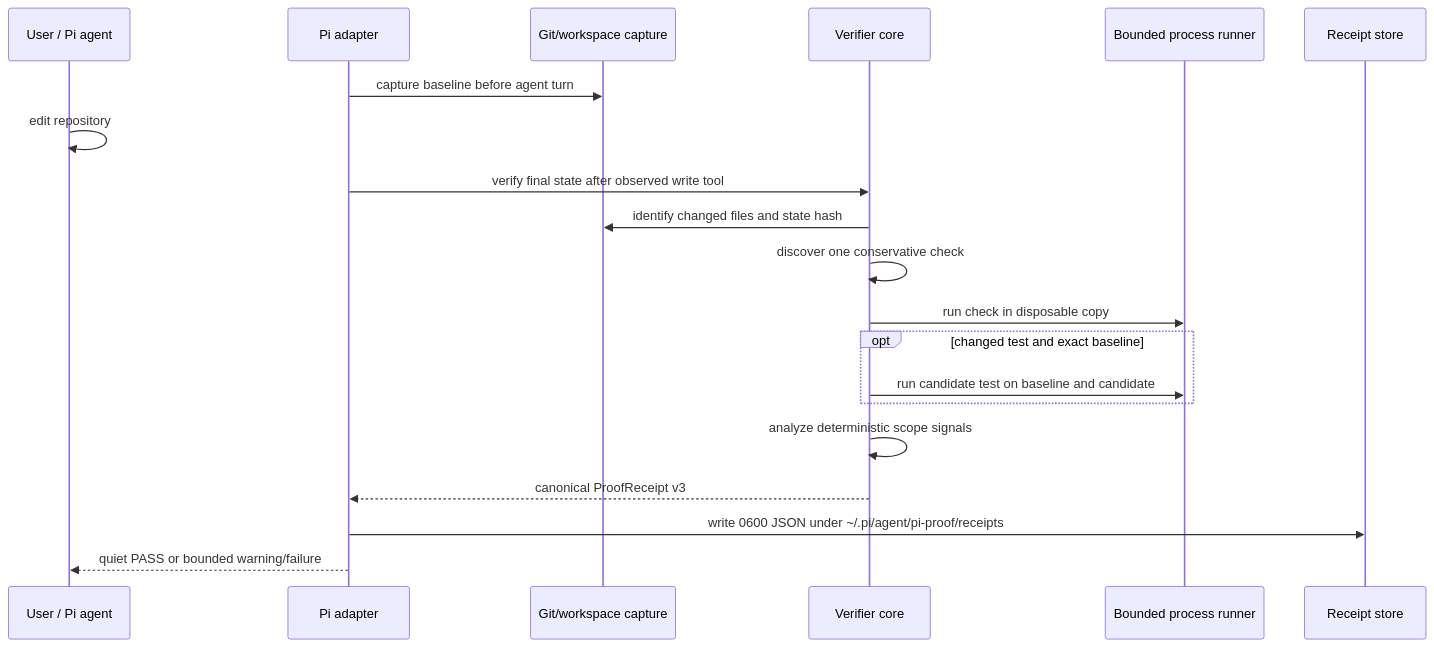
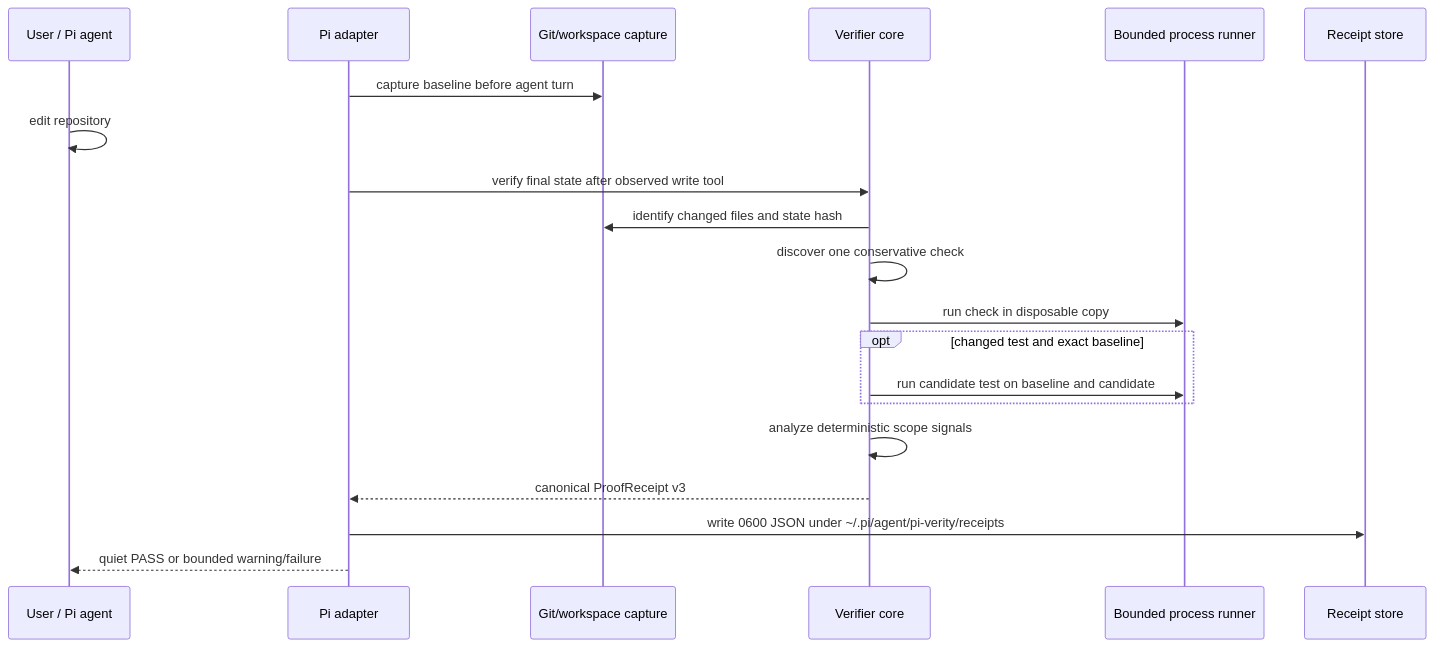
Before and after one commit to pauleschwarz/pi-verity: the diagram in docs/ARCHITECTURE.md, drawn with Mermaid. The commit also changed other lines of this file and 33 other files, not shown here.

````diff
--- a/docs/ARCHITECTURE.md
+++ b/docs/ARCHITECTURE.md
@@ -17,23 +19,23 @@
 ```mermaid
 sequenceDiagram
     participant U as User / Pi agent
     participant A as Pi adapter
     participant G as Git/workspace capture
     participant V as Verifier core
     participant P as Bounded process runner
     participant R as Receipt store
 
     A->>G: capture baseline before agent turn
     U->>U: edit repository
     A->>V: verify final state after observed write tool
     V->>G: identify changed files and state hash
     V->>V: discover one conservative check
     V->>P: run check in disposable copy
     opt changed test and exact baseline
         V->>P: run candidate test on baseline and candidate
     end
     V->>V: analyze deterministic scope signals
     V-->>A: canonical ProofReceipt v3
-    A->>R: write 0600 JSON under ~/.pi/agent/pi-proof/receipts
+    A->>R: write 0600 JSON under ~/.pi/agent/pi-verity/receipts
     A-->>U: quiet PASS or bounded warning/failure
 ```
````
